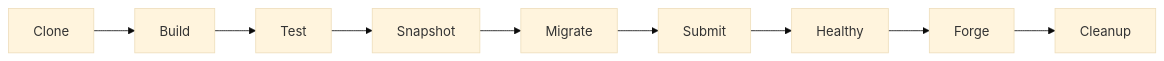
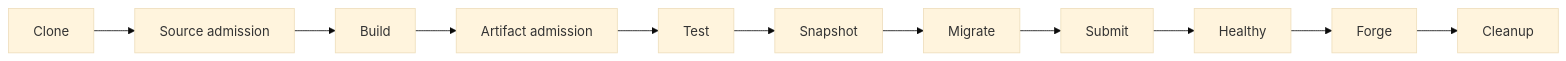
One commit to antiartificial/norn changed the first of 3 diagrams in docs/v2/architecture/deploy-pipeline.md. Above: the diagram before and after it, drawn with Mermaid (base theme). The commit also changed other lines of this file and 176 other files, not shown here.

````diff
--- a/docs/v2/architecture/deploy-pipeline.md
+++ b/docs/v2/architecture/deploy-pipeline.md
@@ -7,4 +7,4 @@
 ```mermaid
 graph LR
-    A[Clone] --> B[Build] --> C[Test] --> D[Snapshot] --> E[Migrate] --> F[Submit] --> G[Healthy] --> H[Forge] --> I[Cleanup]
+    A[Clone] --> B[Source admission] --> C[Build] --> D[Artifact admission] --> E[Test] --> F[Snapshot] --> G[Migrate] --> H[Submit] --> I[Healthy] --> J[Forge] --> K[Cleanup]
 ```
````
